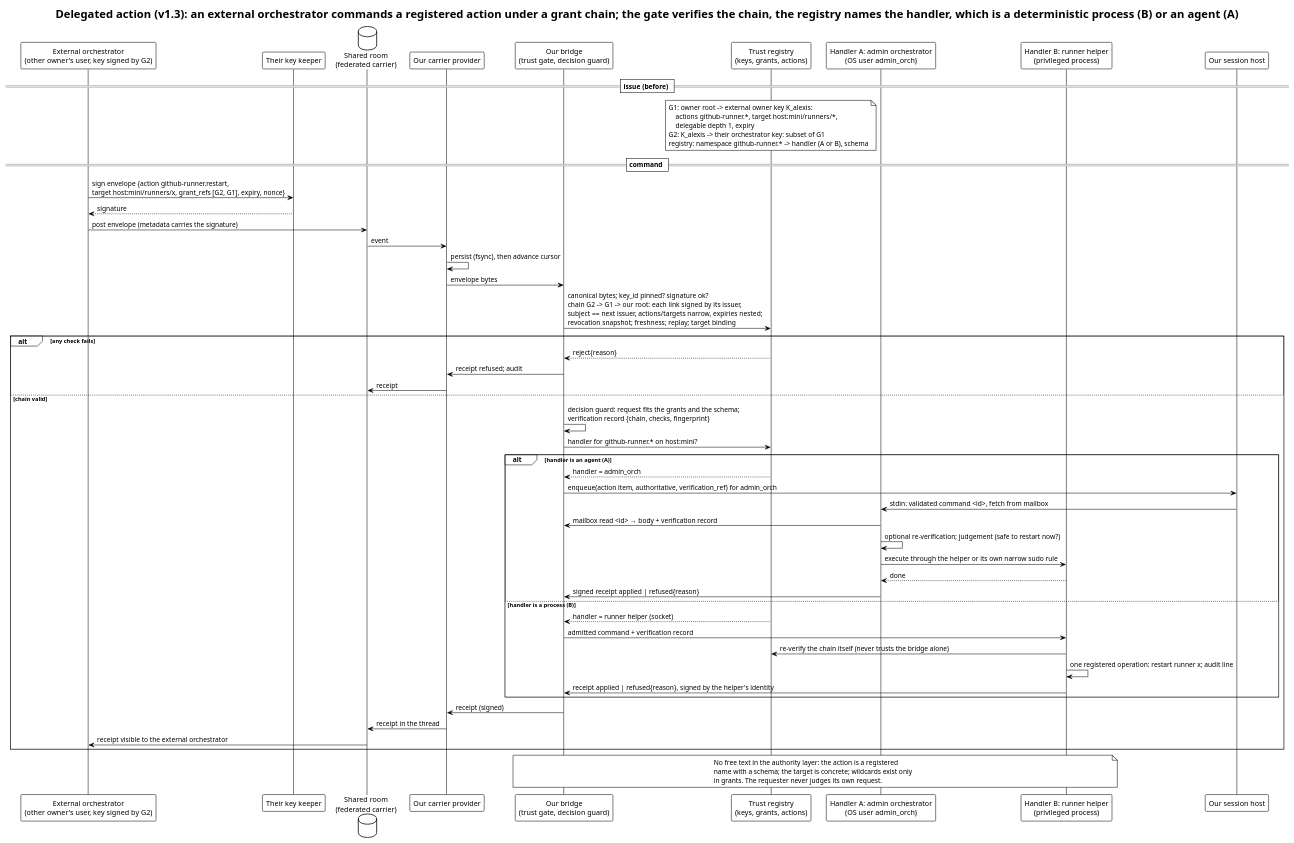
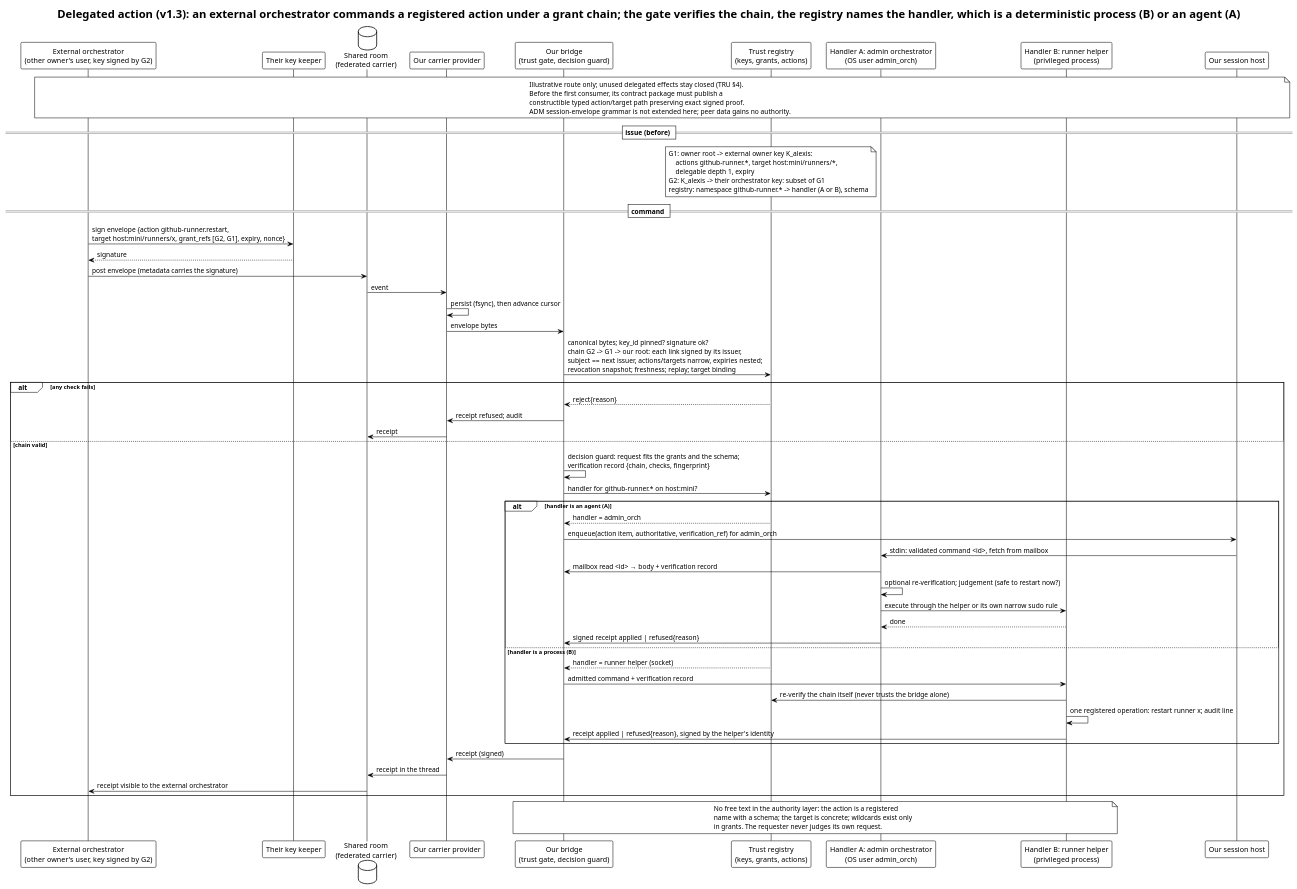
One commit to relux-works/swarm-platform-architecture changed the diagram in diagrams/plantuml/sequence/delegated-action-handler.puml. Above: the diagram before and after it, drawn with PlantUML. The commit also changed 15 other files, not shown here.

First line of the commit message:
Wave 7: register the remaining accepted architecture-review findings and remove three superseded copies (TASK-261013-xn74p5)

```diff
--- a/diagrams/plantuml/sequence/delegated-action-handler.puml
+++ b/diagrams/plantuml/sequence/delegated-action-handler.puml
@@ -1,65 +1,73 @@
 @startuml delegated-action-handler
 !theme plain
+' Updated: accepted architecture-review findings (2026-10-13)
 title Delegated action (v1.3): an external orchestrator commands a registered action under a grant chain; the gate verifies the chain, the registry names the handler, which is a deterministic process (B) or an agent (A)
 
 participant "External orchestrator\n(other owner's user, key signed by G2)" as XO
 participant "Their key keeper" as XK
 database "Shared room\n(federated carrier)" as MX
 participant "Our carrier provider" as MP
 participant "Our bridge\n(trust gate, decision guard)" as BR
 participant "Trust registry\n(keys, grants, actions)" as T
 participant "Handler A: admin orchestrator\n(OS user admin_orch)" as HA
 participant "Handler B: runner helper\n(privileged process)" as HB
 participant "Our session host" as SH
+
+note over XO, SH
+  Illustrative route only; unused delegated effects stay closed (TRU §4).
+  Before the first consumer, its contract package must publish a
+  constructible typed action/target path preserving exact signed proof.
+  ADM session-envelope grammar is not extended here; peer data gains no authority.
+end note
 
 == issue (before) ==
 note over T
   G1: owner root -> external owner key K_alexis:
       actions github-runner.*, target host:mini/runners/*,
       delegable depth 1, expiry
   G2: K_alexis -> their orchestrator key: subset of G1
   registry: namespace github-runner.* -> handler (A or B), schema
 end note
 
 == command ==
 XO -> XK: sign envelope {action github-runner.restart,\ntarget host:mini/runners/x, grant_refs [G2, G1], expiry, nonce}
 XK --> XO: signature
 XO -> MX: post envelope (metadata carries the signature)
 MX -> MP: event
 MP -> MP: persist (fsync), then advance cursor
 MP -> BR: envelope bytes
 BR -> T: canonical bytes; key_id pinned? signature ok?\nchain G2 -> G1 -> our root: each link signed by its issuer,\nsubject == next issuer, actions/targets narrow, expiries nested;\nrevocation snapshot; freshness; replay; target binding
 alt any check fails
   T --> BR: reject{reason}
   BR -> MP: receipt refused; audit
   MP -> MX: receipt
 else chain valid
   BR -> BR: decision guard: request fits the grants and the schema;\nverification record {chain, checks, fingerprint}
   BR -> T: handler for github-runner.* on host:mini?
   alt handler is an agent (A)
     T --> BR: handler = admin_orch
     BR -> SH: enqueue(action item, authoritative, verification_ref) for admin_orch
     SH -> HA: stdin: validated command <id>, fetch from mailbox
     HA -> BR: mailbox read <id> → body + verification record
     HA -> HA: optional re-verification; judgement (safe to restart now?)
     HA -> HB: execute through the helper or its own narrow sudo rule
     HB --> HA: done
     HA -> BR: signed receipt applied | refused{reason}
   else handler is a process (B)
     T --> BR: handler = runner helper (socket)
     BR -> HB: admitted command + verification record
     HB -> T: re-verify the chain itself (never trusts the bridge alone)
     HB -> HB: one registered operation: restart runner x; audit line
     HB -> BR: receipt applied | refused{reason}, signed by the helper's identity
   end
   BR -> MP: receipt (signed)
   MP -> MX: receipt in the thread
   MX -> XO: receipt visible to the external orchestrator
 end
 
 note over BR, HB
   No free text in the authority layer: the action is a registered
   name with a schema; the target is concrete; wildcards exist only
   in grants. The requester never judges its own request.
 end note
 @enduml
```
